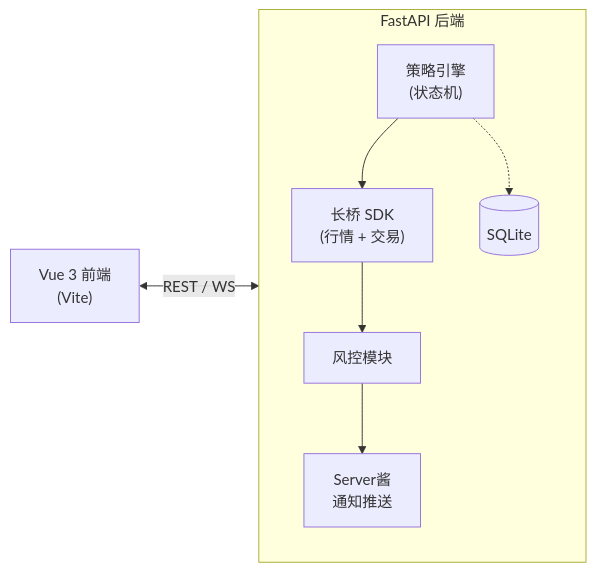
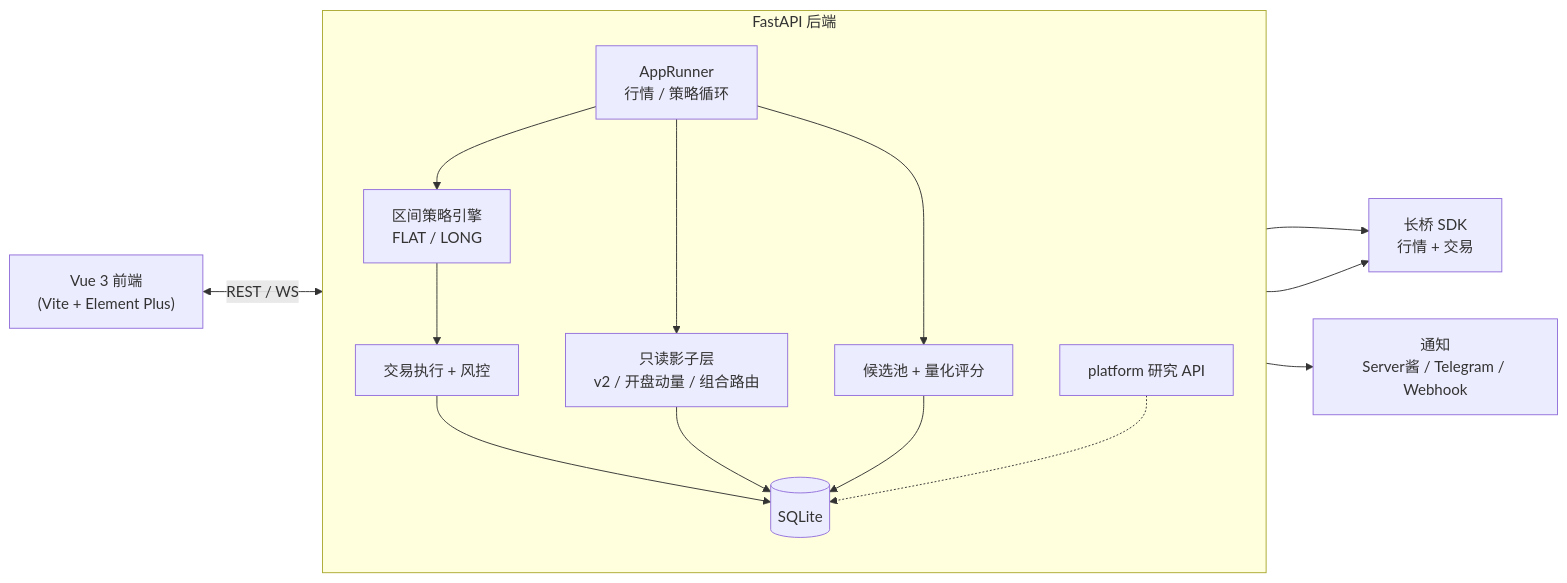
Before and after one commit to doublepi123/auto_trade: the diagram in README.md, drawn with Mermaid. The commit also changed other lines of this file and 185 other files, not shown here.

````diff
--- a/README.md
+++ b/README.md
@@ -7,17 +7,30 @@
 ```mermaid
 flowchart LR
-  FE["Vue 3 前端<br/>(Vite)"]
+  FE["Vue 3 前端<br/>(Vite + Element Plus)"]
 
   subgraph BE["FastAPI 后端"]
     direction TB
-    ENG["策略引擎<br/>(状态机)"]
-    SDK["长桥 SDK<br/>(行情 + 交易)"]
-    RISK["风控模块"]
-    NOTIFY["Server酱<br/>通知推送"]
+    RUN["AppRunner<br/>行情 / 策略循环"]
+    ENG["区间策略引擎<br/>FLAT / LONG"]
+    EXEC["交易执行 + 风控"]
+    SHADOW["只读影子层<br/>v2 / 开盘动量 / 组合路由"]
+    UNI["候选池 + 量化评分"]
+    PLAT["platform 研究 API"]
     DB[("SQLite")]
-    ENG --> SDK --> RISK --> NOTIFY
-    ENG -.-> DB
+    RUN --> ENG --> EXEC
+    RUN --> SHADOW
+    RUN --> UNI
+    EXEC --> DB
+    SHADOW --> DB
+    UNI --> DB
+    PLAT -.-> DB
   end
 
+  BR["长桥 SDK<br/>行情 + 交易"]
+  N["通知<br/>Server酱 / Telegram / Webhook"]
+
   FE <-- REST / WS --> BE
+  EXEC --> BR
+  RUN --> BR
+  EXEC --> N
 ```
````
